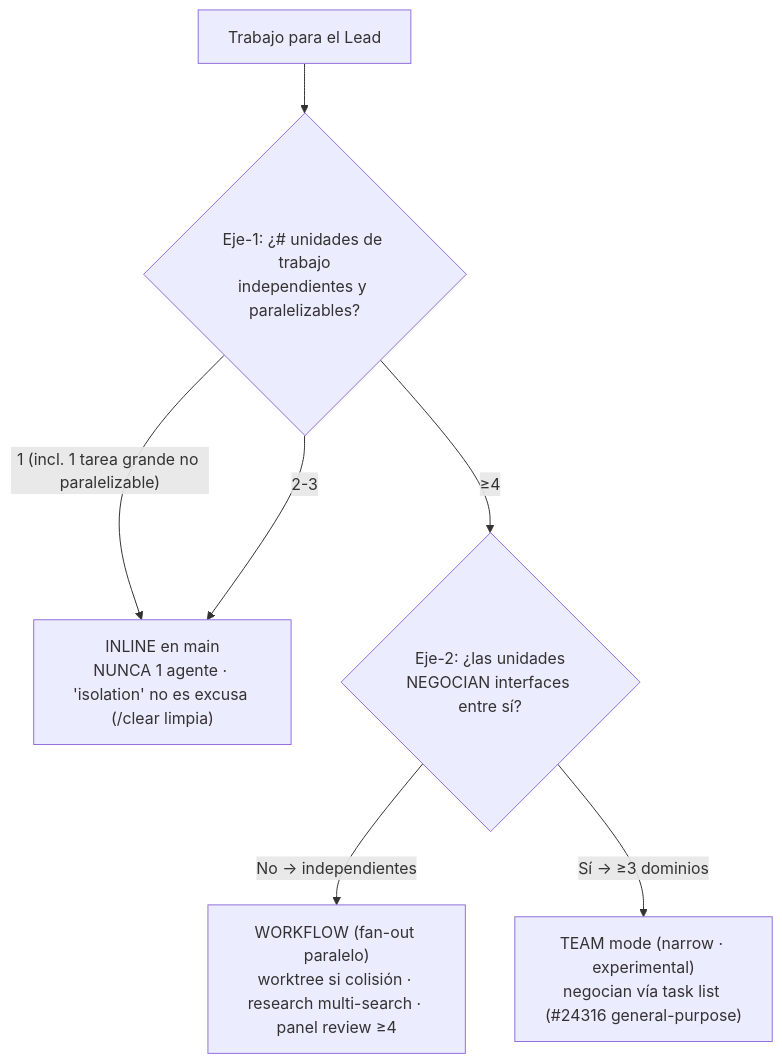
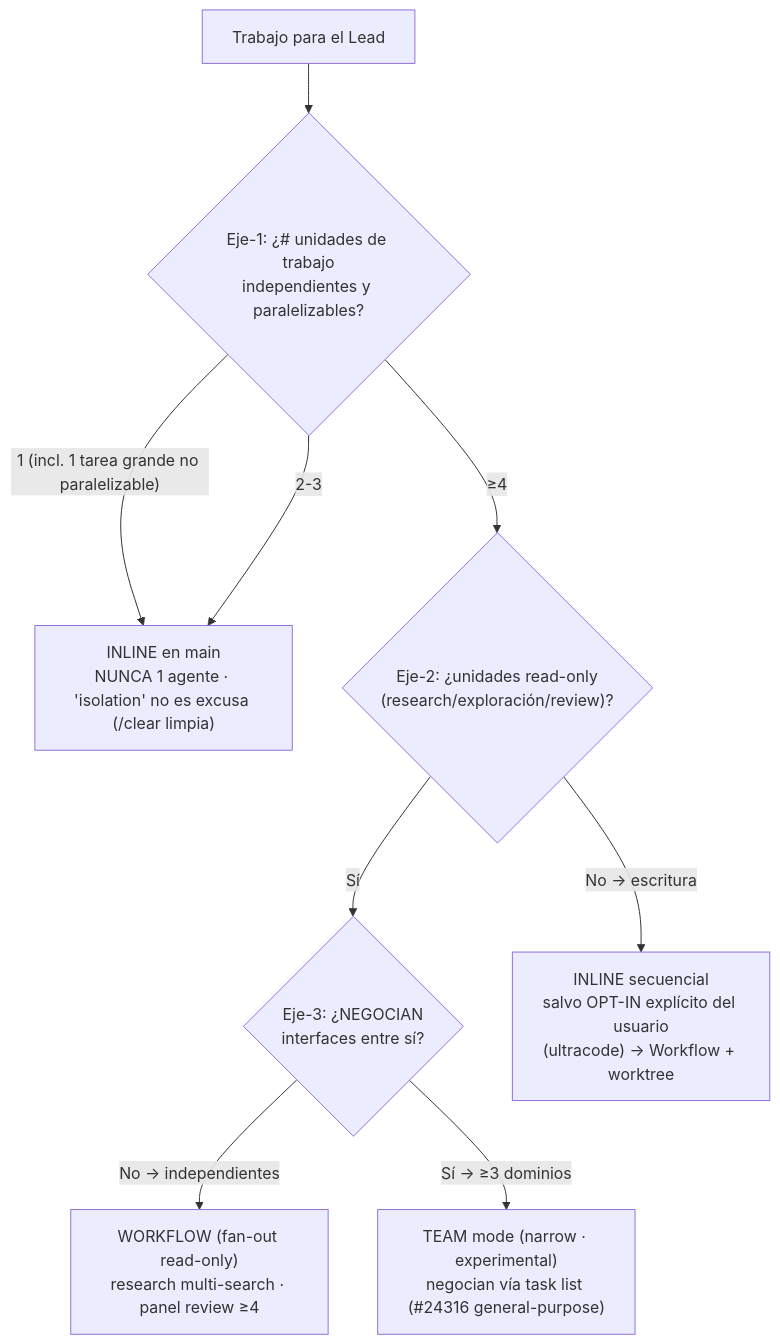
Before and after one commit to MaciWP/claude-code-poneglyph: the diagram in .claude/skills/orchestrator-protocol/SKILL.md, drawn with Mermaid. The commit also changed other lines of this file and 6 other files, not shown here.

First line of the commit message:
feat(017/US1): orchestration doctrine — inline-first, agents only for parallel read-only fan-out

````diff
--- a/.claude/skills/orchestrator-protocol/SKILL.md
+++ b/.claude/skills/orchestrator-protocol/SKILL.md
@@ -64,9 +74,11 @@
 ```mermaid
 graph TD
   START["Trabajo para el Lead"] --> CNT{"Eje-1: ¿# unidades de trabajo<br/>independientes y paralelizables?"}
   CNT -->|"1 (incl. 1 tarea grande no paralelizable)"| INLINE
   CNT -->|"2-3"| INLINE["INLINE en main<br/>NUNCA 1 agente · 'isolation' no es excusa (/clear limpia)"]
-  CNT -->|"≥4"| NAT{"Eje-2: ¿las unidades<br/>NEGOCIAN interfaces entre sí?"}
-  NAT -->|"No → independientes"| WF["WORKFLOW (fan-out paralelo)<br/>worktree si colisión · research multi-search · panel review ≥4"]
+  CNT -->|"≥4"| RO{"Eje-2: ¿unidades read-only<br/>(research/exploración/review)?"}
+  RO -->|"Sí"| NAT{"Eje-3: ¿NEGOCIAN<br/>interfaces entre sí?"}
+  RO -->|"No → escritura"| OPTIN["INLINE secuencial<br/>salvo OPT-IN explícito del usuario<br/>(ultracode) → Workflow + worktree"]
+  NAT -->|"No → independientes"| WF["WORKFLOW (fan-out read-only)<br/>research multi-search · panel review ≥4"]
   NAT -->|"Sí → ≥3 dominios"| TEAM["TEAM mode (narrow · experimental)<br/>negocian vía task list (#24316 general-purpose)"]
 ```
````
